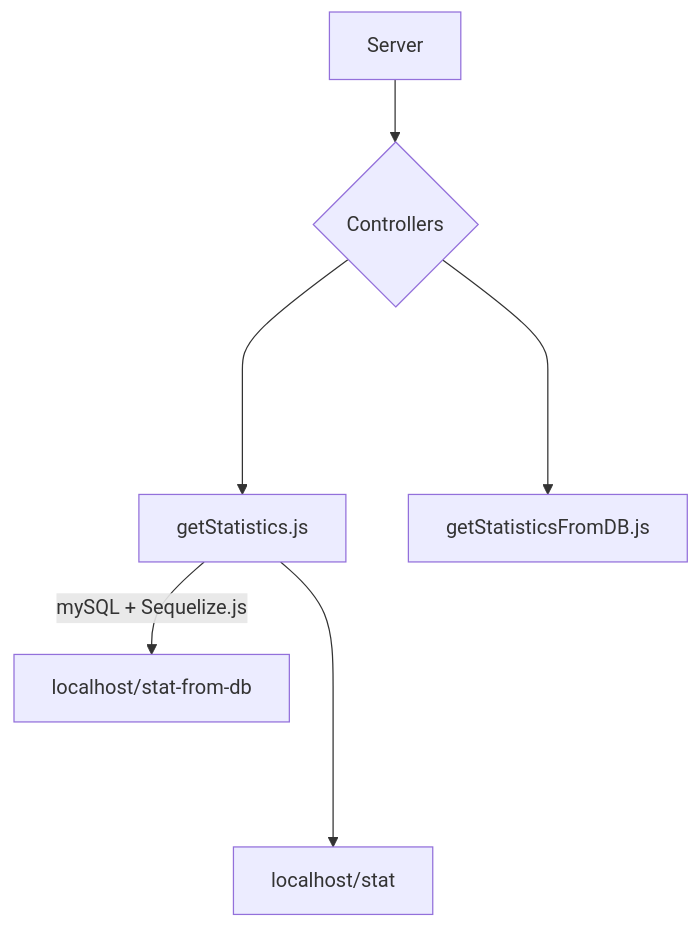
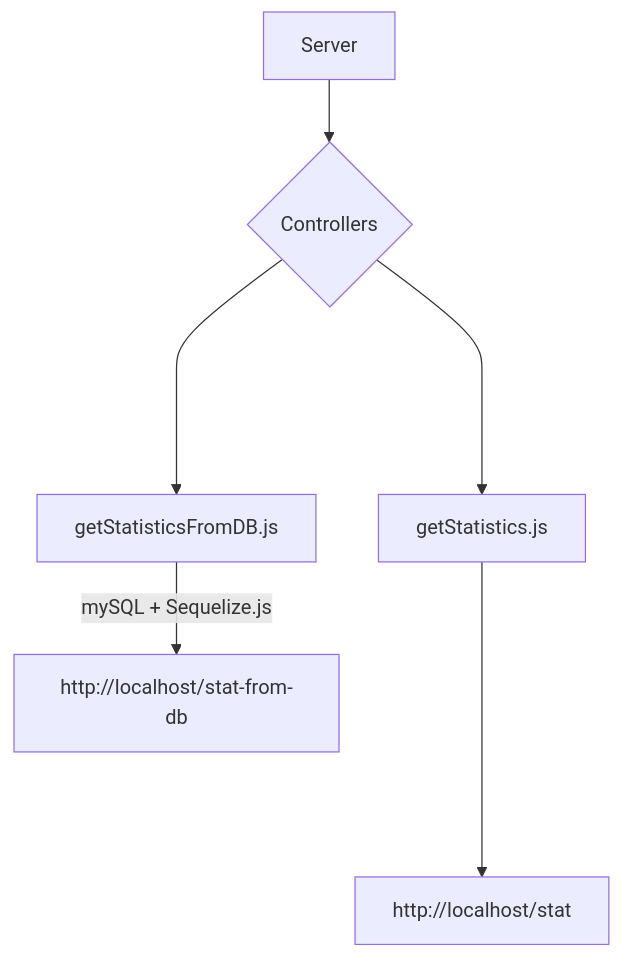
Before and after one commit to 0xlax/Payroll-Data-Aggregator: the diagram in README.md, drawn with Mermaid. The commit also changed other lines of this file, not shown here.

````diff
--- a/README.md
+++ b/README.md
@@ -39,8 +39,8 @@
 ```mermaid
 flowchart TD
     A[Server] --> B{Controllers};
     B ----> C[getStatistics.js];
     B ----> D[getStatisticsFromDB.js];
-    C ----> E[localhost/stat];
-    C --mySQL + Sequelize.js--> F[localhost/stat-from-db];
+    C ----> E[http://localhost/stat];
+    D --mySQL + Sequelize.js--> F[http://localhost/stat-from-db];
 ```
````
